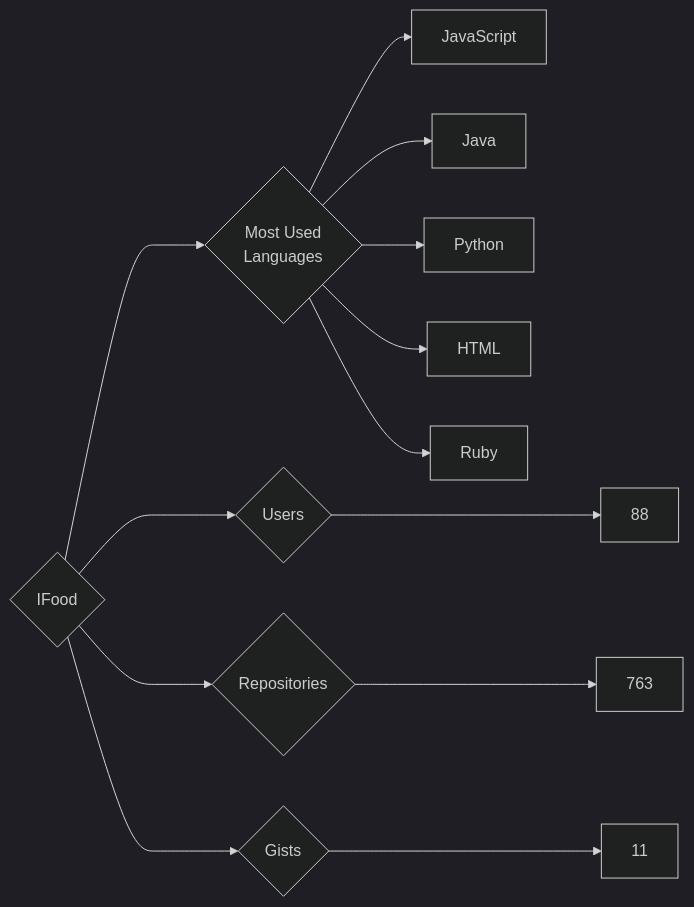
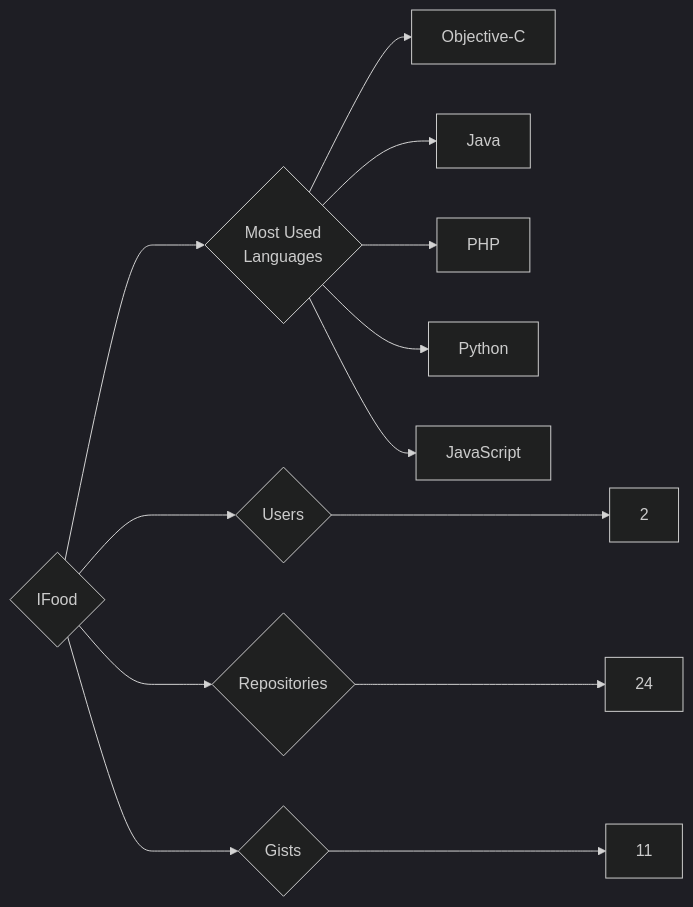
One commit to trickest/insiders changed the diagram in targets/IFood/README.md. Above: the diagram before and after it, drawn with Mermaid (dark theme). The commit also changed 614 other files, not shown here.

````diff
--- a/targets/IFood/README.md
+++ b/targets/IFood/README.md
@@ -3,13 +3,13 @@
 ```mermaid
 graph LR
 COMPANY_NAME{IFood}
-COMPANY_NAME ---> U{Users} ---> UN[88]
-COMPANY_NAME ---> R{Repositories} ---> RN[763]
+COMPANY_NAME ---> U{Users} ---> UN[2]
+COMPANY_NAME ---> R{Repositories} ---> RN[24]
 COMPANY_NAME ---> G{Gists} ---> GN[11]
 COMPANY_NAME ---> ML{Most Used<br>Languages}
+ML --> Objective-C[Objective-C]
+ML --> Java[Java]
+ML --> PHP[PHP]
+ML --> Python[Python]
 ML --> JavaScript[JavaScript]
-ML --> Java[Java]
-ML --> Python[Python]
-ML --> HTML[HTML]
-ML --> Ruby[Ruby]
 ```
````
